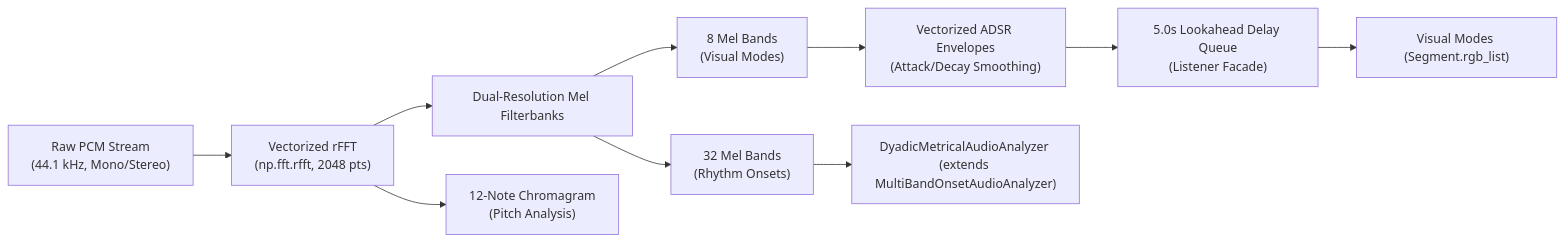
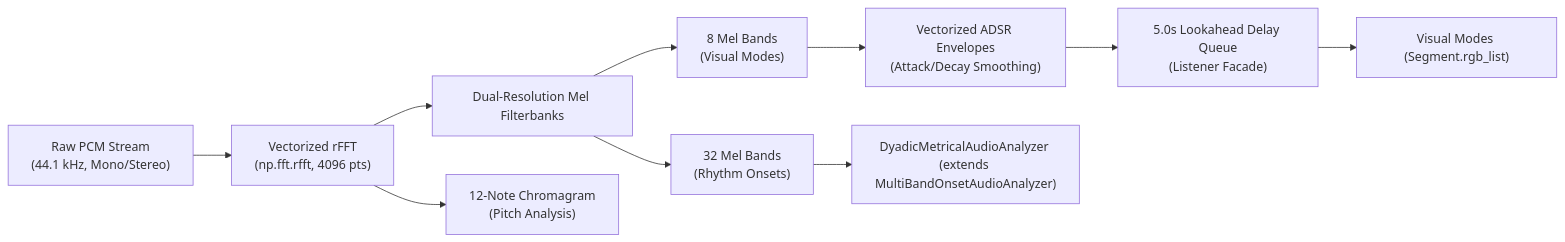
One commit to LucRobey/vialactee changed the diagram in docs/architecture/audio_pipeline.md. Above: the diagram before and after it, drawn with Mermaid. The commit also changed other lines of this file and 2 other files, not shown here.

Commit message:
docs(architecture): phase 1.1 - correct facts in system_overview, audio_pipeline, and musical_context_engine

````diff
--- a/docs/architecture/audio_pipeline.md
+++ b/docs/architecture/audio_pipeline.md
@@ -13,12 +13,12 @@
 ```mermaid
 graph LR
-    PCM["Raw PCM Stream<br/>(44.1 kHz, Mono/Stereo)"] --> FFT["Vectorized rFFT<br/>(np.fft.rfft, 2048 pts)"]
+    PCM["Raw PCM Stream<br/>(44.1 kHz, Mono/Stereo)"] --> FFT["Vectorized rFFT<br/>(np.fft.rfft, 4096 pts)"]
     FFT --> DualMel["Dual-Resolution Mel Filterbanks"]
     DualMel --> Bands8["8 Mel Bands<br/>(Visual Modes)"]
     DualMel --> Bands32["32 Mel Bands<br/>(Rhythm Onsets)"]
     FFT --> Chroma["12-Note Chromagram<br/>(Pitch Analysis)"]
     Bands8 --> ADSR["Vectorized ADSR Envelopes<br/>(Attack/Decay Smoothing)"]
     ADSR --> DelayQueue["5.0s Lookahead Delay Queue<br/>(Listener Facade)"]
     DelayQueue --> VisualModes["Visual Modes (Segment.rgb_list)"]
     Bands32 --> MultiBand["DyadicMetricalAudioAnalyzer (extends MultiBandOnsetAudioAnalyzer)"]
 ```
````
